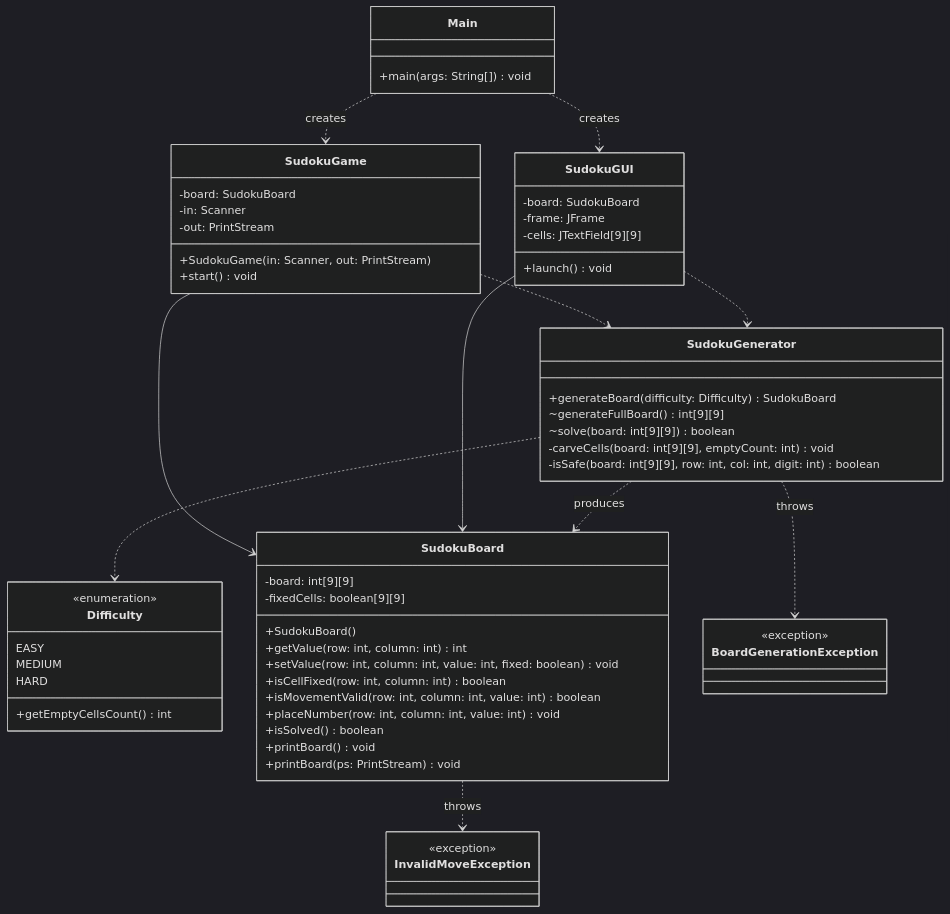
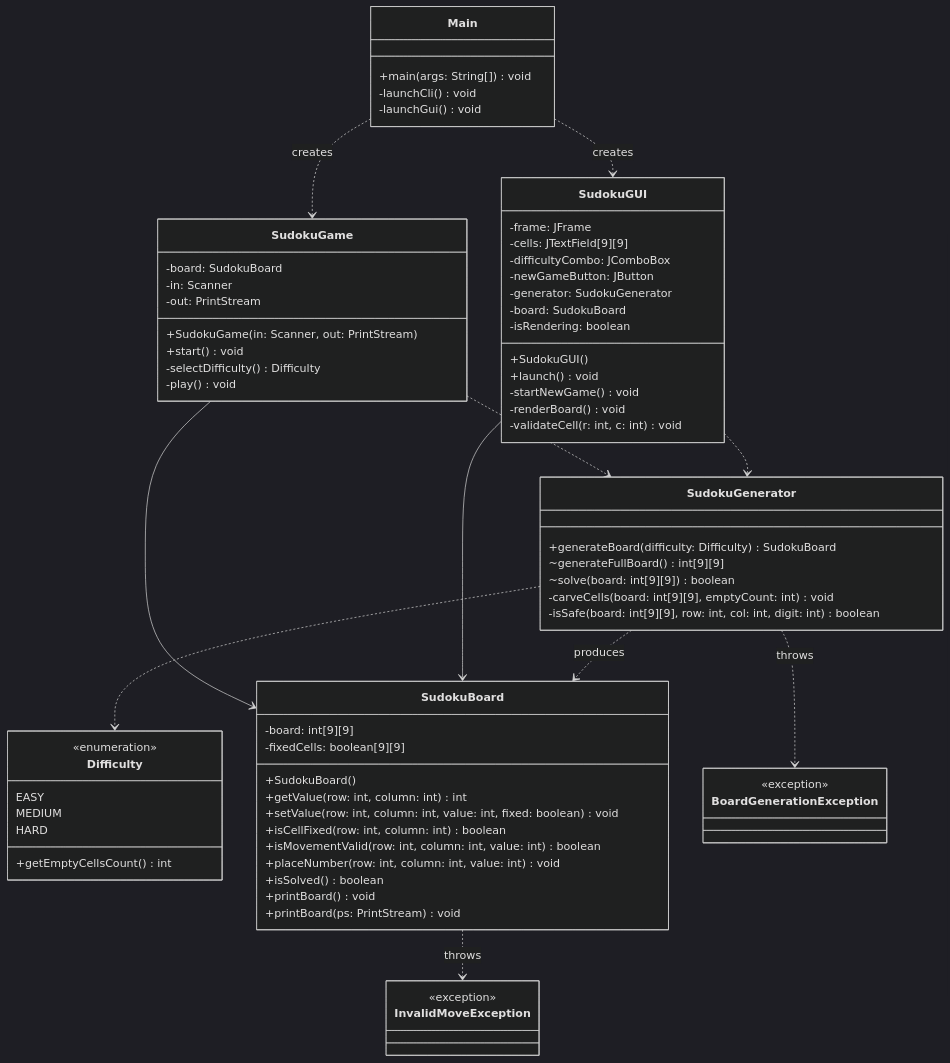
The first of 3 diagrams in docs/architecture/uml-classes.md (DaniRZ10/proyecto-sudoku), drawn with Mermaid (dark theme) before and after one commit.

Commit message:
T026: Sync UML diagram with SudokuGUI and Main

````diff
--- a/docs/architecture/uml-classes.md
+++ b/docs/architecture/uml-classes.md
@@ -7,70 +7,82 @@
 ```mermaid
 classDiagram
     class Main {
         +main(args: String[]) void
+        -launchCli() void
+        -launchGui() void
     }
 
     class Difficulty {
         <<enumeration>>
         EASY
         MEDIUM
         HARD
         +getEmptyCellsCount() int
     }
 
     class SudokuBoard {
         -board: int[9][9]
         -fixedCells: boolean[9][9]
         +SudokuBoard()
         +getValue(row: int, column: int) int
         +setValue(row: int, column: int, value: int, fixed: boolean) void
         +isCellFixed(row: int, column: int) boolean
         +isMovementValid(row: int, column: int, value: int) boolean
         +placeNumber(row: int, column: int, value: int) void
         +isSolved() boolean
         +printBoard() void
         +printBoard(ps: PrintStream) void
     }
 
     class SudokuGenerator {
         +generateBoard(difficulty: Difficulty) SudokuBoard
         ~generateFullBoard() int[9][9]
         ~solve(board: int[9][9]) boolean
         -carveCells(board: int[9][9], emptyCount: int) void
         -isSafe(board: int[9][9], row: int, col: int, digit: int) boolean
     }
 
     class SudokuGame {
         -board: SudokuBoard
         -in: Scanner
         -out: PrintStream
         +SudokuGame(in: Scanner, out: PrintStream)
         +start() void
+        -selectDifficulty() Difficulty
+        -play() void
     }
 
     class SudokuGUI {
-        -board: SudokuBoard
         -frame: JFrame
         -cells: JTextField[9][9]
+        -difficultyCombo: JComboBox
+        -newGameButton: JButton
+        -generator: SudokuGenerator
+        -board: SudokuBoard
+        -isRendering: boolean
+        +SudokuGUI()
         +launch() void
+        -startNewGame() void
+        -renderBoard() void
+        -validateCell(r: int, c: int) void
     }
 
     class InvalidMoveException {
         <<exception>>
     }
 
     class BoardGenerationException {
         <<exception>>
     }
 
     Main ..> SudokuGame : creates
     Main ..> SudokuGUI : creates
     SudokuGame --> SudokuBoard
     SudokuGame ..> SudokuGenerator
     SudokuGUI --> SudokuBoard
     SudokuGUI ..> SudokuGenerator
     SudokuGenerator ..> Difficulty
     SudokuGenerator ..> SudokuBoard : produces
     SudokuBoard ..> InvalidMoveException : throws
     SudokuGenerator ..> BoardGenerationException : throws
 ```
````
